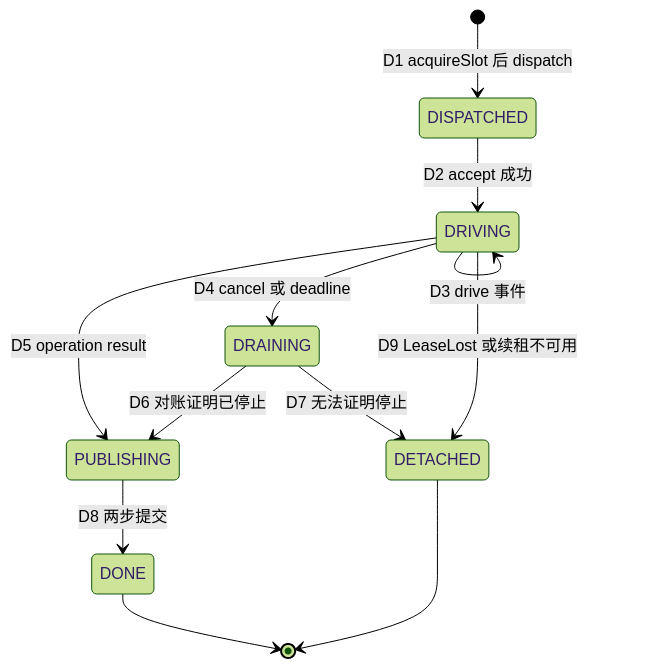
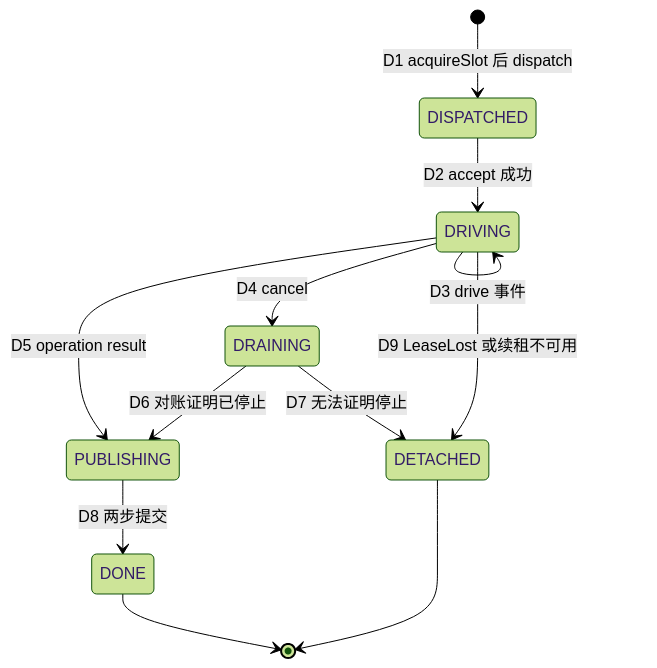
Before and after one commit to corezilla/piko: the third of 8 diagrams in docs/40_module_design/piko-worker-design.md, drawn with Mermaid (forest theme). The commit also changed other lines of this file and 86 other files, not shown here.

````diff
--- a/docs/40_module_design/piko-worker-design.md
+++ b/docs/40_module_design/piko-worker-design.md
@@ -702,14 +703,14 @@
 ```mermaid
 stateDiagram-v2
     [*] --> DISPATCHED: D1 acquireSlot 后 dispatch
     DISPATCHED --> DRIVING: D2 accept 成功
     DRIVING --> DRIVING: D3 drive 事件
-    DRIVING --> DRAINING: D4 cancel 或 deadline
+    DRIVING --> DRAINING: D4 cancel
     DRIVING --> PUBLISHING: D5 operation result
     DRAINING --> PUBLISHING: D6 对账证明已停止
     DRAINING --> DETACHED: D7 无法证明停止
     PUBLISHING --> DONE: D8 两步提交
     DRIVING --> DETACHED: D9 LeaseLost 或续租不可用
     DONE --> [*]
     DETACHED --> [*]
 ```
````
